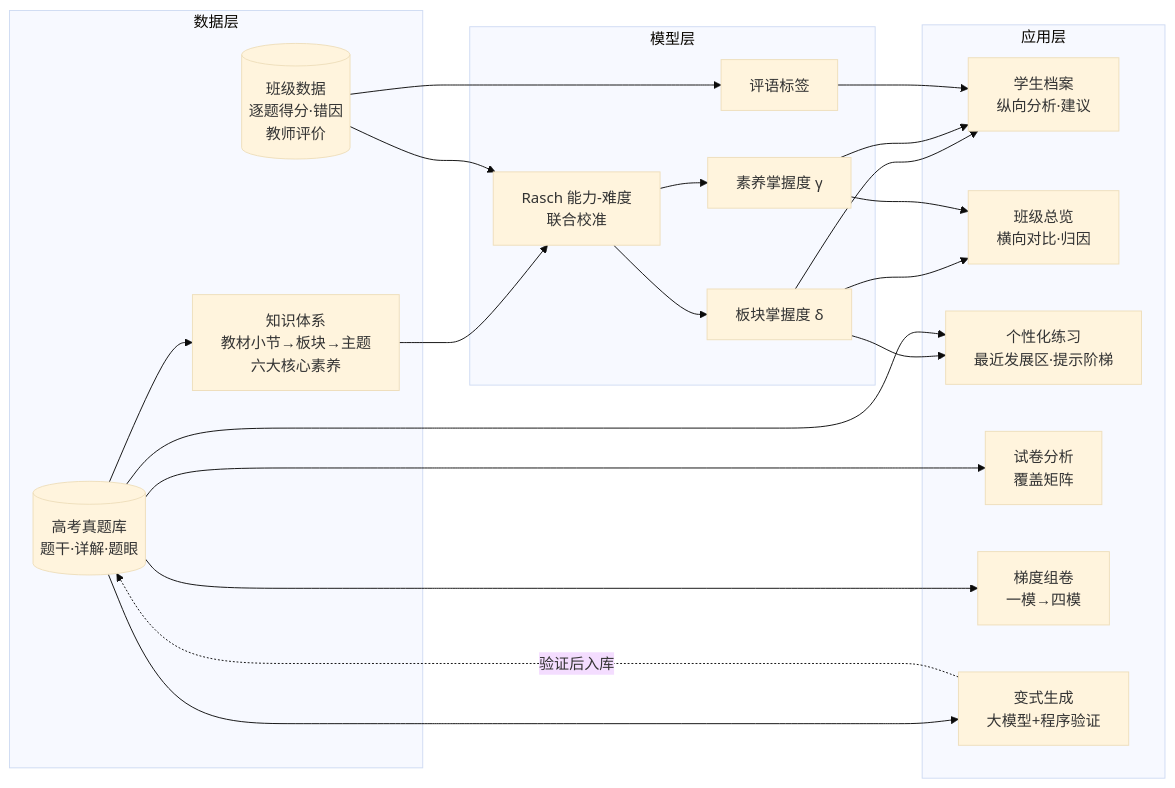
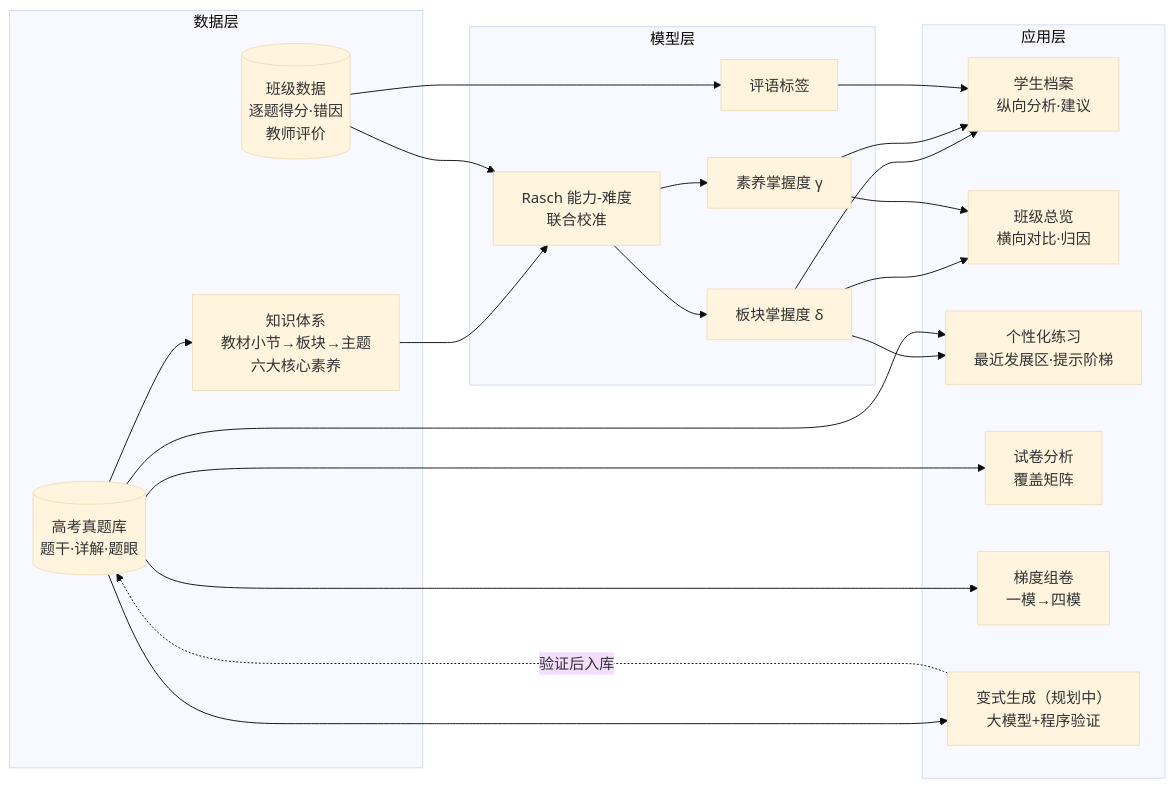
The diagram in README.md (maxingan2412/MathInsight), drawn with Mermaid (base theme) before and after one commit. The commit also changed other lines of this file, not shown here.

Commit message:
docs(readme): mark isomorphic variant questions as planned
- only the command-line interface exists so far

````diff
--- a/README.md
+++ b/README.md
@@ -103,30 +103,30 @@
 ```mermaid
 flowchart LR
     subgraph 数据层
         KB[(高考真题库<br/>题干·详解·题眼)]
         TX[知识体系<br/>教材小节→板块→主题<br/>六大核心素养]
         CL[(班级数据<br/>逐题得分·错因<br/>教师评价)]
     end
     subgraph 模型层
         RM[Rasch 能力-难度<br/>联合校准]
         MU[板块掌握度 δ]
         MC[素养掌握度 γ]
         CT[评语标签]
     end
     subgraph 应用层
         SP[学生档案<br/>纵向分析·建议]
         CO[班级总览<br/>横向对比·归因]
         RC[个性化练习<br/>最近发展区·提示阶梯]
         PA[试卷分析<br/>覆盖矩阵]
         PB[梯度组卷<br/>一模→四模]
-        VG[变式生成<br/>大模型+程序验证]
+        VG[变式生成（规划中）<br/>大模型+程序验证]
     end
     KB --> TX --> RM
     CL --> RM --> MU & MC
     CL --> CT
     MU & MC & CT --> SP
     MU & MC --> CO
     MU --> RC
     KB --> RC & PA & PB & VG
     VG -.验证后入库.-> KB
 ```
````
